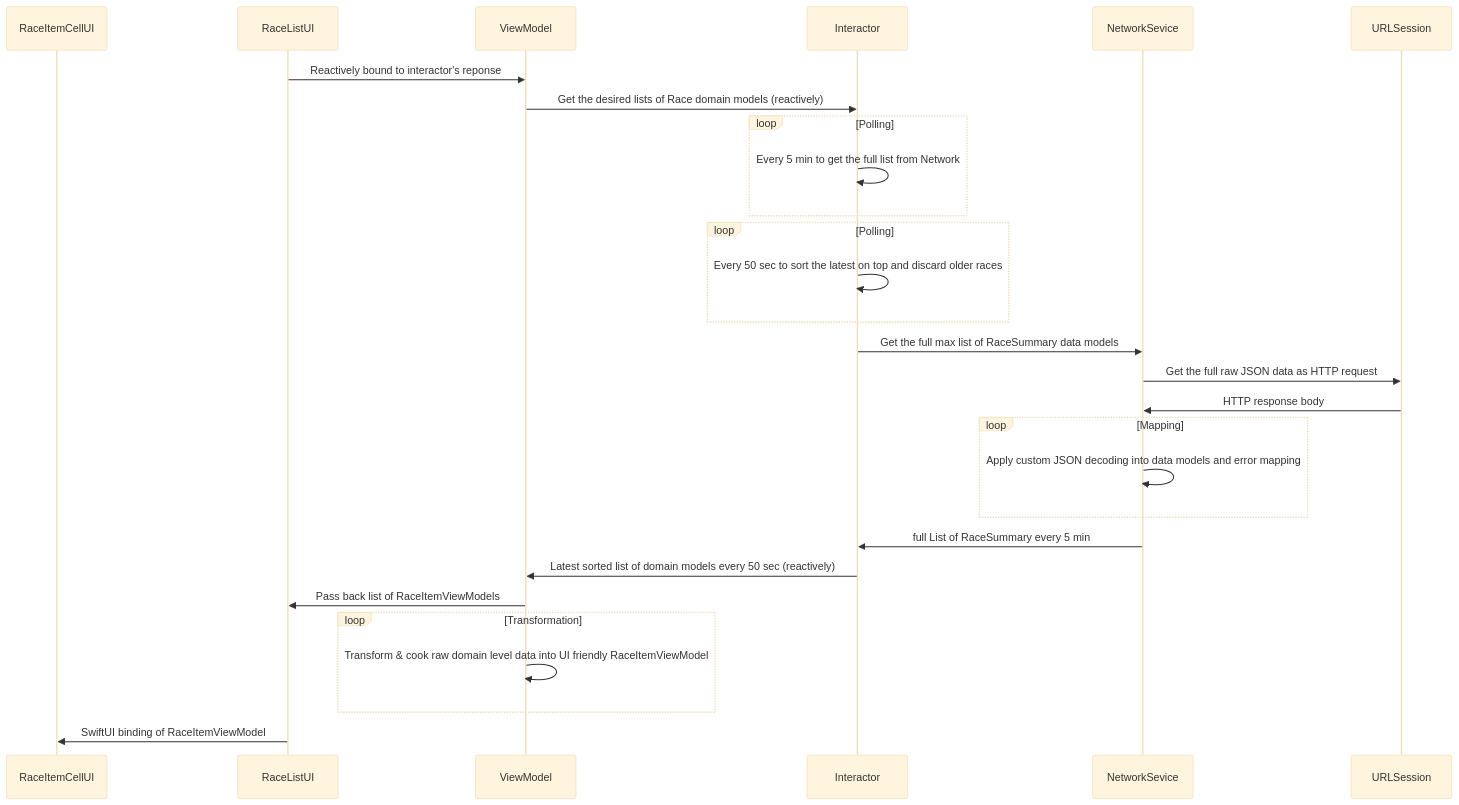
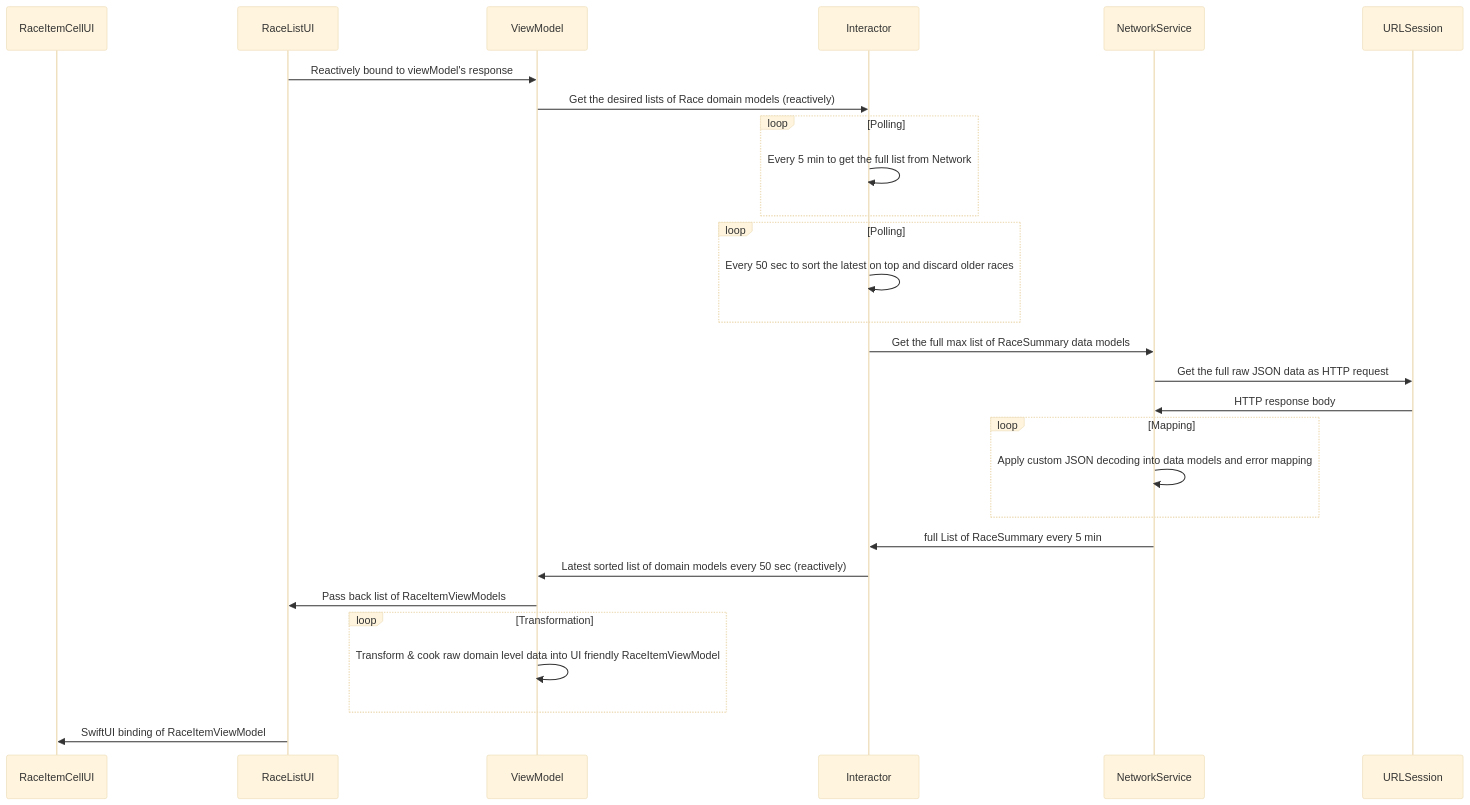
Before and after one commit to arinjoy/next-to-go: the second of 3 diagrams in README.md, drawn with Mermaid (base theme). The commit also changed other lines of this file and 2 other files, not shown here.

````diff
--- a/README.md
+++ b/README.md
@@ -51,36 +78,36 @@
 ```mermaid
 sequenceDiagram
     participant  RaceItemCellUI
     participant RaceListUI
     participant ViewModel
     participant Interactor
-    participant NetworkSevice
+    participant NetworkService
     participant URLSession
 
-    RaceListUI->>ViewModel: Reactively bound to interactor's reponse
+    RaceListUI->>ViewModel: Reactively bound to viewModel's response
     
     ViewModel->>Interactor: Get the desired lists of Race domain models (reactively)
     loop Polling
         Interactor->>Interactor: Every 5 min to get the full list from Network
     end
     loop Polling
         Interactor->>Interactor: Every 50 sec to sort the latest on top and discard older races
     end
 
-    Interactor->>NetworkSevice: Get the full max list of RaceSummary data models
-    NetworkSevice->>URLSession: Get the full raw JSON data as HTTP request
-    URLSession->>NetworkSevice: HTTP response body
+    Interactor->>NetworkService: Get the full max list of RaceSummary data models
+    NetworkService->>URLSession: Get the full raw JSON data as HTTP request
+    URLSession->>NetworkService: HTTP response body
     loop Mapping
-        NetworkSevice->>NetworkSevice:  Apply custom JSON decoding into data models and error mapping
+        NetworkService->>NetworkService:  Apply custom JSON decoding into data models and error mapping
     end
 
-    NetworkSevice->>Interactor: full List of RaceSummary every 5 min
+    NetworkService->>Interactor: full List of RaceSummary every 5 min
     Interactor->>ViewModel: Latest sorted list of domain models every 50 sec (reactively)
 
     ViewModel->>RaceListUI: Pass back list of RaceItemViewModels
     loop Transformation
         ViewModel->>ViewModel: Transform & cook raw domain level data into UI friendly RaceItemViewModel
     end
 
    RaceListUI->>RaceItemCellUI: SwiftUI binding of RaceItemViewModel
 ```
````
